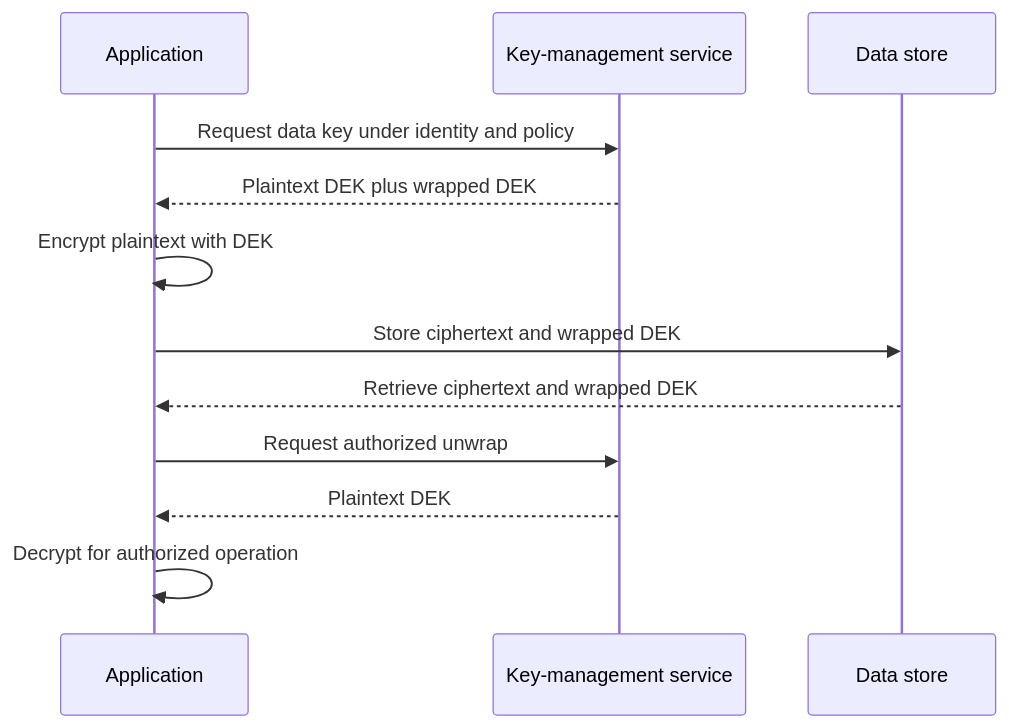
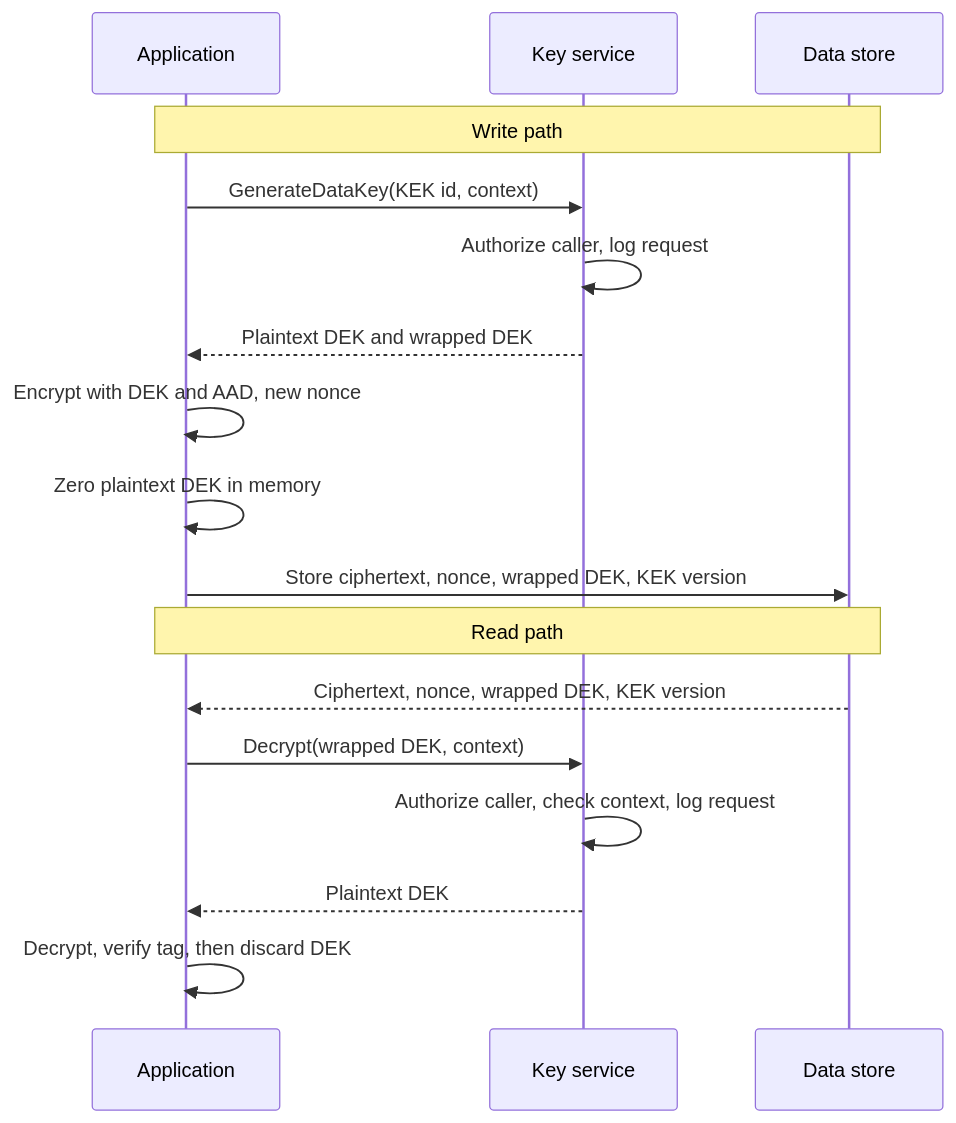
The third of 12 diagrams in 15_Security/CH10_Encryption.md (joydasss/Architect), drawn with Mermaid before and after one commit. The commit also changed other lines of this file and 295 other files, not shown here.

````diff
--- a/15_Security/CH10_Encryption.md
+++ b/15_Security/CH10_Encryption.md
@@ -32,14 +214,19 @@
 ```mermaid
 sequenceDiagram
     participant App as Application
-    participant KMS as Key-management service
-    participant Store as Data store
-    App->>KMS: Request data key under identity and policy
-    KMS-->>App: Plaintext DEK plus wrapped DEK
-    App->>App: Encrypt plaintext with DEK
-    App->>Store: Store ciphertext and wrapped DEK
-    Store-->>App: Retrieve ciphertext and wrapped DEK
-    App->>KMS: Request authorized unwrap
-    KMS-->>App: Plaintext DEK
-    App->>App: Decrypt for authorized operation
+    participant KS as Key service
+    participant St as Data store
+    Note over App,St: Write path
+    App->>KS: GenerateDataKey(KEK id, context)
+    KS->>KS: Authorize caller, log request
+    KS-->>App: Plaintext DEK and wrapped DEK
+    App->>App: Encrypt with DEK and AAD, new nonce
+    App->>App: Zero plaintext DEK in memory
+    App->>St: Store ciphertext, nonce, wrapped DEK, KEK version
+    Note over App,St: Read path
+    St-->>App: Ciphertext, nonce, wrapped DEK, KEK version
+    App->>KS: Decrypt(wrapped DEK, context)
+    KS->>KS: Authorize caller, check context, log request
+    KS-->>App: Plaintext DEK
+    App->>App: Decrypt, verify tag, then discard DEK
 ```
````
